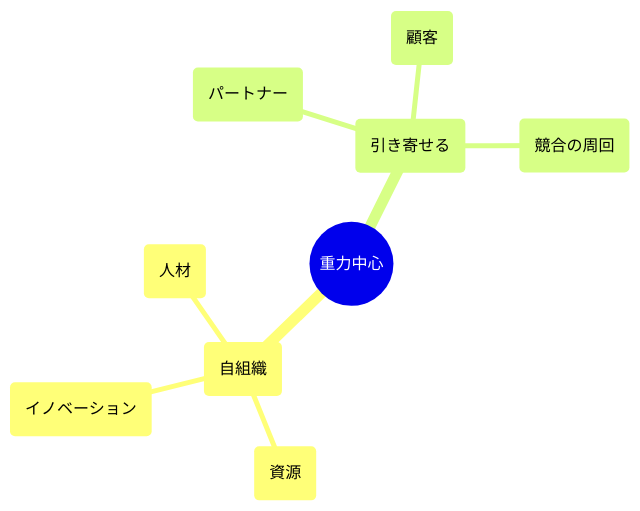
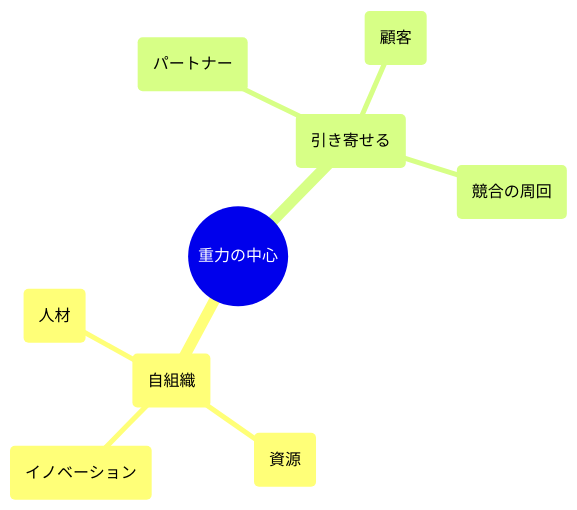
Before and after one commit to wardley-leadership-strategies-ja/wardley-leadership-strategies-ja.github.io: the diagram in docs/strategies/attacking/centre-of-gravity/index.md, drawn with Mermaid. The commit also changed other lines of this file and 12 other files, not shown here.

````diff
--- a/docs/strategies/attacking/centre-of-gravity/index.md
+++ b/docs/strategies/attacking/centre-of-gravity/index.md
@@ -67,12 +67,12 @@
 ```mermaid
 mindmap
-  root((重力中心))
+  root((重力の中心))
     (自組織)
       (人材)
       (資源)
       (イノベーション)
     (引き寄せる)
       (パートナー)
       (顧客)
       (競合の周回)
 ```
````
